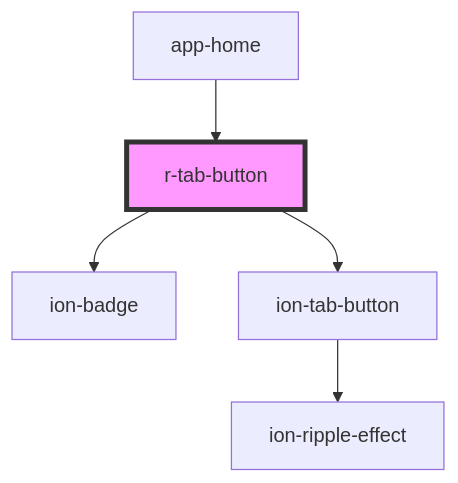
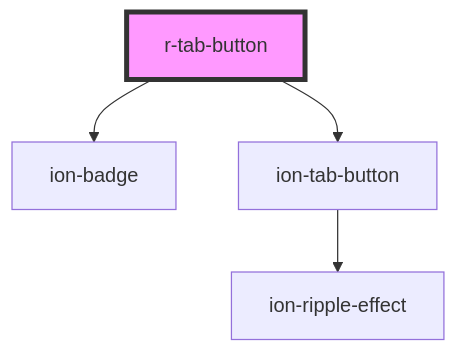
Before and after one commit to refactico/design-system: the diagram in src/components/r-tab-button/readme.md, drawn with Mermaid. The commit also changed other lines of this file and 27 other files, not shown here.

First line of the commit message:
chore: update component dependencies and documentation for app-home

````diff
--- a/src/components/r-tab-button/readme.md
+++ b/src/components/r-tab-button/readme.md
@@ -34,8 +30,7 @@
 ```mermaid
 graph TD;
   r-tab-button --> ion-badge
   r-tab-button --> ion-tab-button
   ion-tab-button --> ion-ripple-effect
-  app-home --> r-tab-button
   style r-tab-button fill:#f9f,stroke:#333,stroke-width:4px
 ```
````
